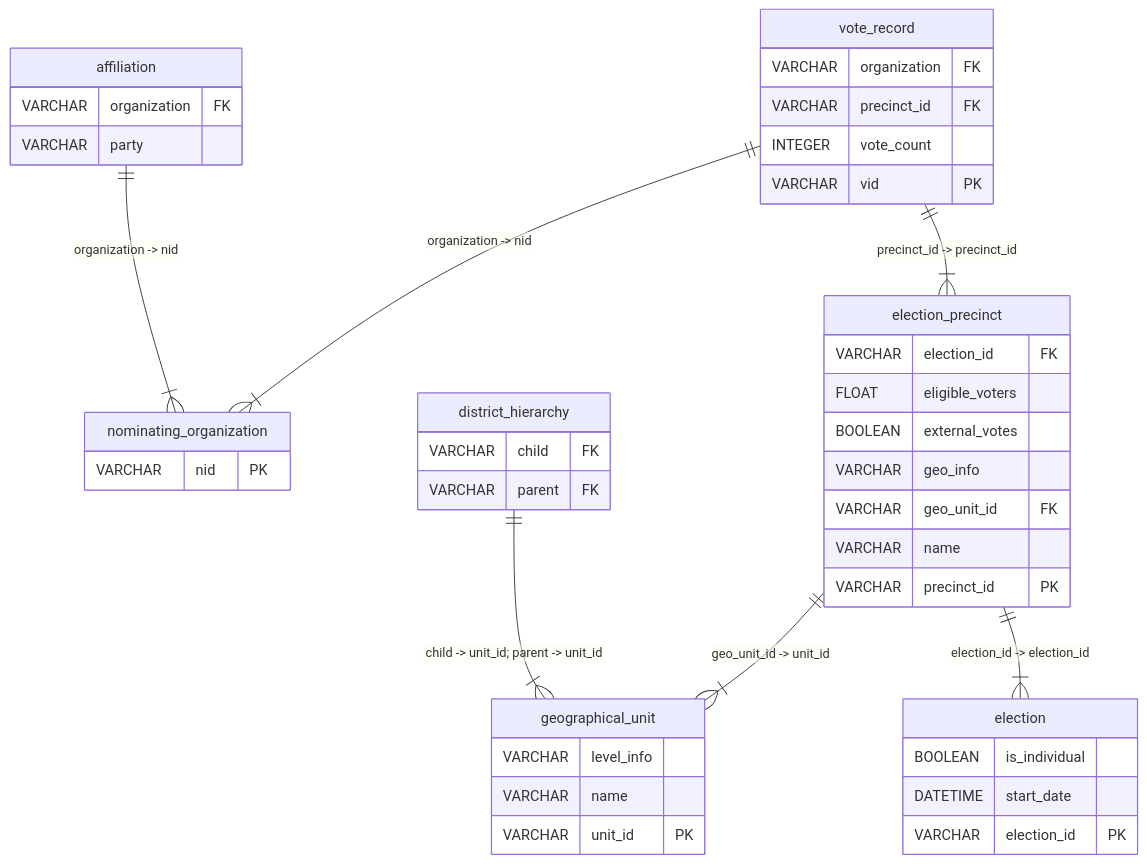
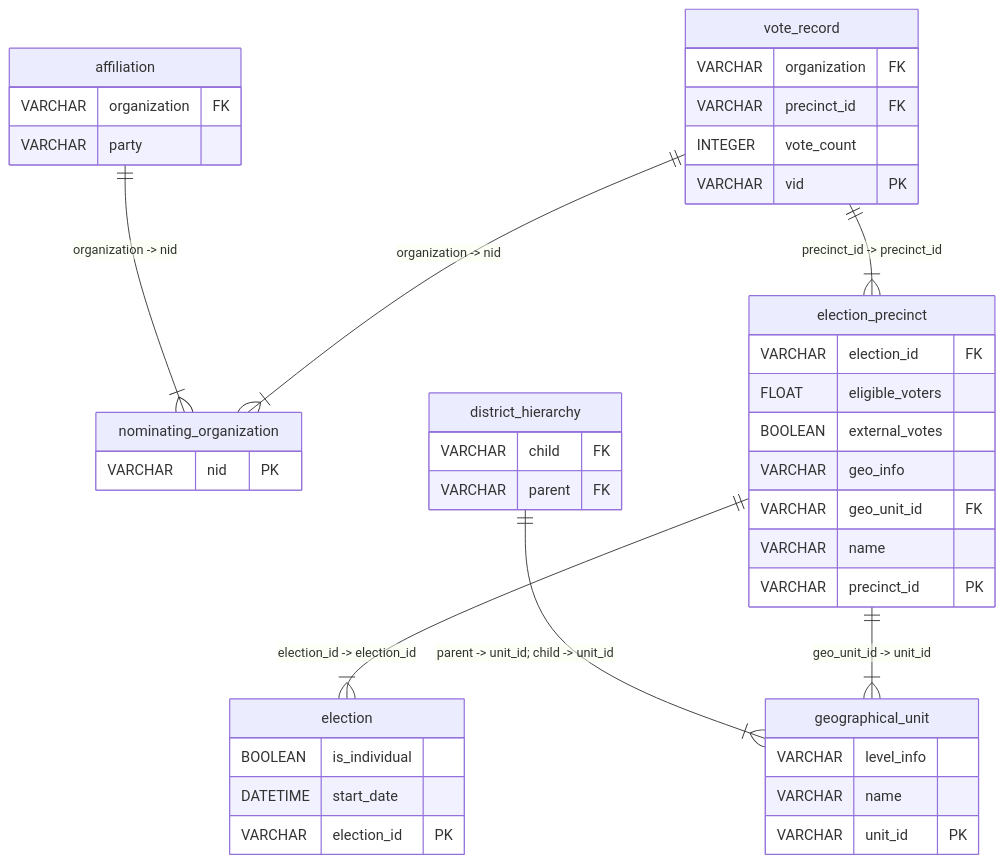
Before and after one commit to papsebestyen/explorer: the diagram in _sources/dataset-pages/hungarian_elections.md, drawn with Mermaid. The commit also changed other lines of this file and 24 other files, not shown here.

````diff
--- a/_sources/dataset-pages/hungarian_elections.md
+++ b/_sources/dataset-pages/hungarian_elections.md
@@ -22,45 +22,45 @@
 ```{mermaid}
 erDiagram
   affiliation {    
     VARCHAR organization FK     
     VARCHAR party  
   }
   nominating_organization {    
     VARCHAR nid PK 
   }
   district_hierarchy {    
     VARCHAR child FK     
     VARCHAR parent FK 
   }
   geographical_unit {    
     VARCHAR level_info      
     VARCHAR name      
     VARCHAR unit_id PK 
   }
   election {    
     BOOLEAN is_individual      
     DATETIME start_date      
     VARCHAR election_id PK 
   }
   election_precinct {    
     VARCHAR election_id FK     
     FLOAT eligible_voters      
     BOOLEAN external_votes      
     VARCHAR geo_info      
     VARCHAR geo_unit_id FK     
     VARCHAR name      
     VARCHAR precinct_id PK 
   }
   vote_record {    
     VARCHAR organization FK     
     VARCHAR precinct_id FK     
     INTEGER vote_count      
     VARCHAR vid PK 
   }
   affiliation ||--|{ nominating_organization : "organization -> nid"
-  district_hierarchy ||--|{ geographical_unit : "child -> unit_id; parent -> unit_id"
+  district_hierarchy ||--|{ geographical_unit : "parent -> unit_id; child -> unit_id"
+  election_precinct ||--|{ election : "election_id -> election_id"
   election_precinct ||--|{ geographical_unit : "geo_unit_id -> unit_id"
-  election_precinct ||--|{ election : "election_id -> election_id"
+  vote_record ||--|{ election_precinct : "precinct_id -> precinct_id"
   vote_record ||--|{ nominating_organization : "organization -> nid"
-  vote_record ||--|{ election_precinct : "precinct_id -> precinct_id"
 ```
````
